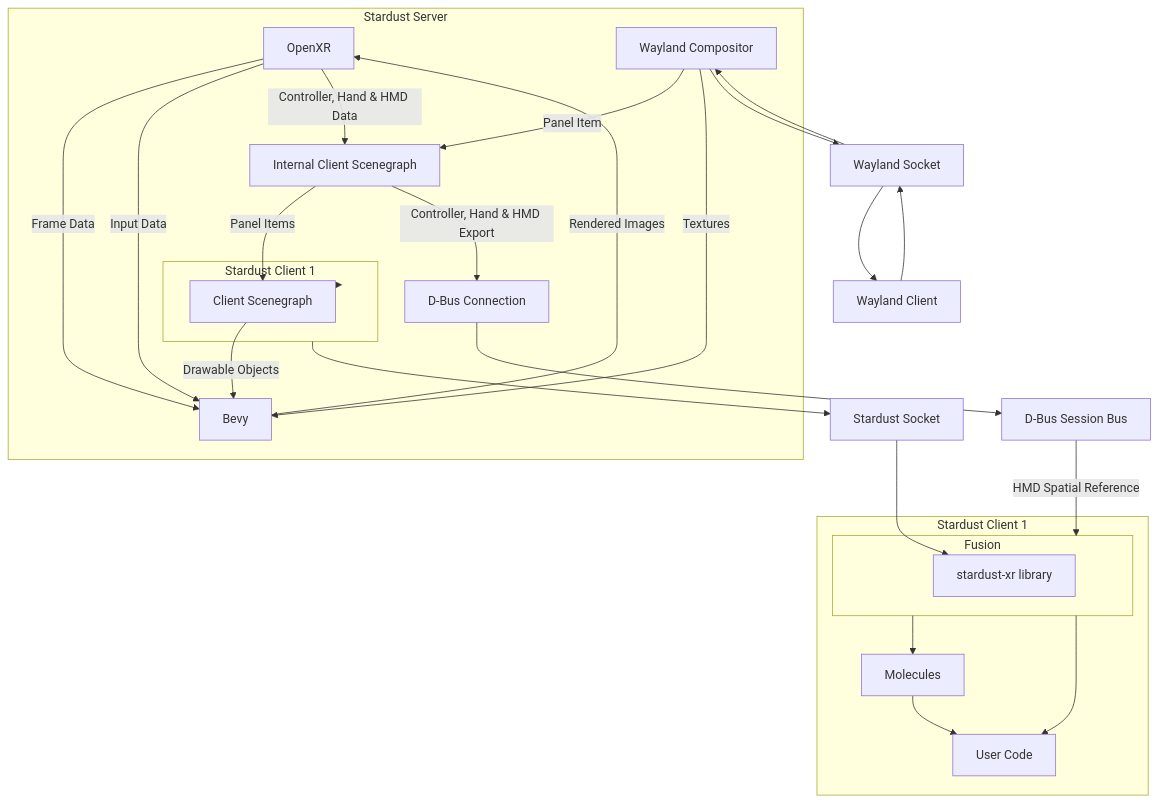
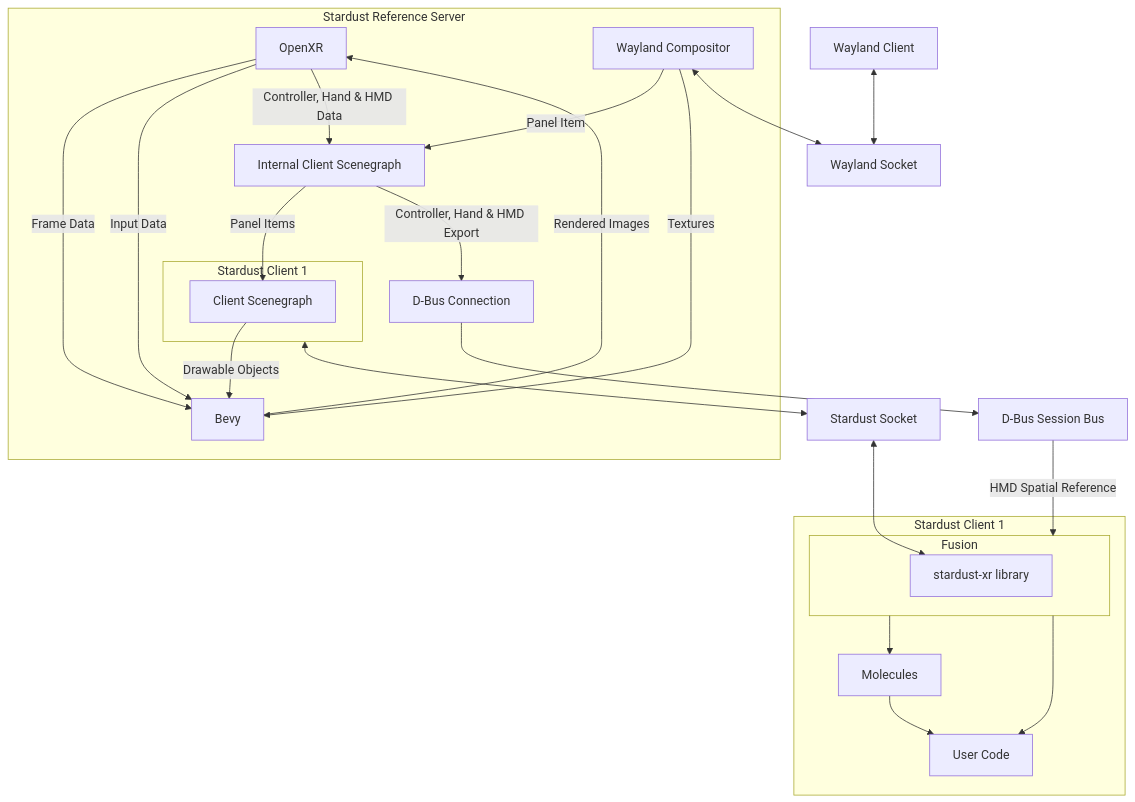
Before and after one commit to StardustXR/website: the diagram in docs/04-dive-deeper/02-deep-overview.md, drawn with Mermaid. The commit also changed other lines of this file and 2 other files, not shown here.

Commit message:
refactor(docs): refactor Dive Deeper section

````diff
--- a/docs/04-dive-deeper/02-deep-overview.md
+++ b/docs/04-dive-deeper/02-deep-overview.md
@@ -28,58 +33,55 @@
 ```mermaid
 graph TD
     OpenXR
 
     OpenXR -->|Frame Data| Bevy
     OpenXR -->|Input Data| Bevy
 
-    subgraph Server[Stardust Server]
+    subgraph Server[Stardust Reference Server]
     		Bevy[Bevy]
         InternalSceneGraph[Internal Client Scenegraph]
         WC1[Wayland Compositor]
         DBusConnection[D-Bus Connection]
 
         ClientSceneGraph -->|Drawable Objects| Bevy
         OpenXR -->|Controller, Hand & HMD Data| InternalSceneGraph
         InternalSceneGraph -->|Panel Items| ClientSceneGraph
         InternalSceneGraph -->|Controller, Hand & HMD Export| DBusConnection
         WC1 -->|Panel Item| InternalSceneGraph
         WC1 -->|Textures| Bevy
         Bevy -->|Rendered Images| OpenXR
-        ClientSceneGraph --> C1
 
         subgraph C1[Stardust Client 1]
         	ClientSceneGraph[Client Scenegraph]
         end
     end
 
     StardustSocket[Stardust Socket]
     SessionBus[D-Bus Session Bus]
     WaylandSocket[Wayland Socket]
 
-    WC1 --> WaylandSocket
-    WaylandSocket --> WC1
+    WC1 <--> WaylandSocket
     DBusConnection --> SessionBus
-    C1 --> StardustSocket
+    C1 <--> StardustSocket
 
     subgraph StardustClient[Stardust Client 1]
         Fusion
         Molecules
         UserCode[User Code]
 
         Fusion --> Molecules
         Fusion --> UserCode
         Molecules --> UserCode
 
         subgraph Fusion
             libstardustxr[stardust-xr library]
         end
     end
 
-    StardustSocket --> libstardustxr
+    StardustSocket <--> libstardustxr
     SessionBus -->|HMD Spatial Reference| Fusion
 
 
     WaylandClient[Wayland Client]
-    WaylandSocket --> WaylandClient
-    WaylandClient --> WaylandSocket
+    WaylandClient <--> WaylandSocket
 ```
````
